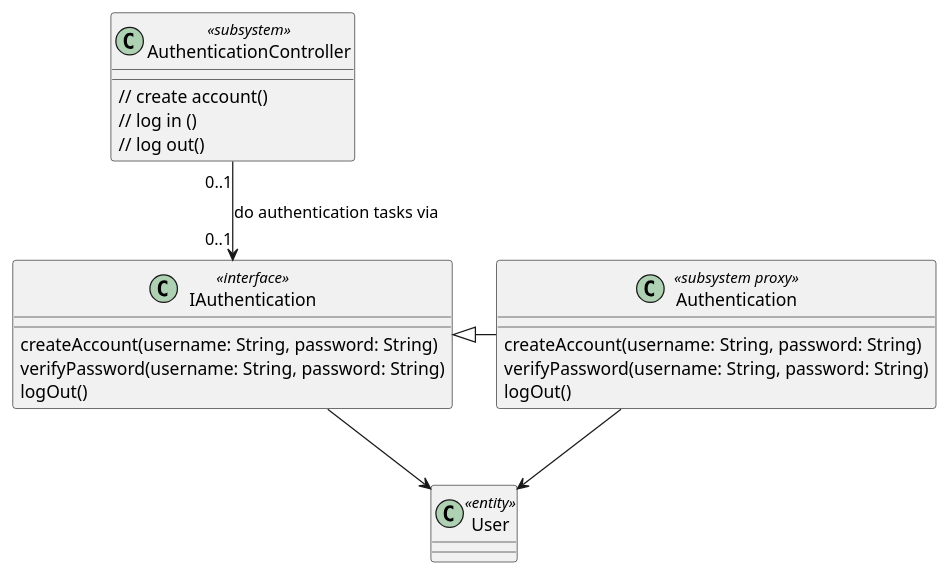
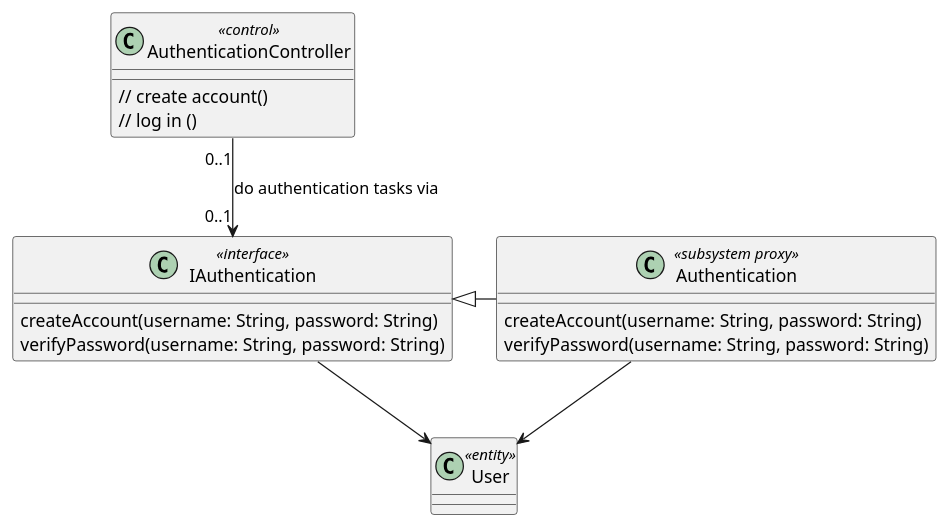
One commit to Huy-Ngo/reddit-design changed the diagram in subsystem_auth.puml. Above: the diagram before and after it, drawn with PlantUML. The commit also changed 5 other files, not shown here.

```diff
--- a/subsystem_auth.puml
+++ b/subsystem_auth.puml
@@ -1,28 +1,25 @@
 @startuml
-class AuthenticationController <<subsystem>> {
+class AuthenticationController <<control>> {
     // create account()
     // log in ()
-    // log out()
 }
 
 class IAuthentication <<interface>> {
     createAccount(username: String, password: String)
     verifyPassword(username: String, password: String)
-    logOut()
 }
 
 class Authentication <<subsystem proxy>> {
     createAccount(username: String, password: String)
     verifyPassword(username: String, password: String)
-    logOut()
 }
 
 class User <<entity>>
 
 AuthenticationController "0..1" --> "0..1" IAuthentication : do authentication tasks via
 
 IAuthentication <|- Authentication
 IAuthentication --> User
 Authentication --> User
 
 @enduml
```
